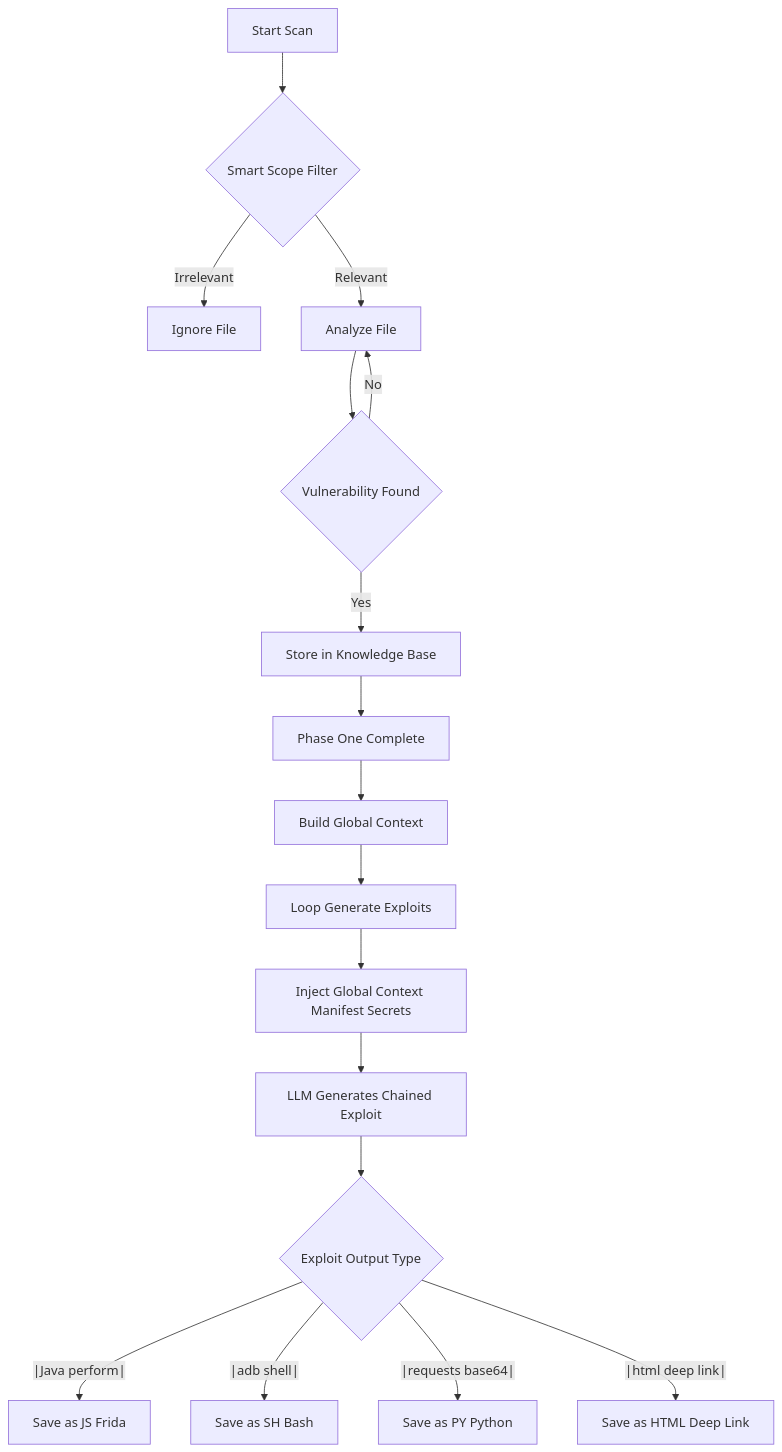
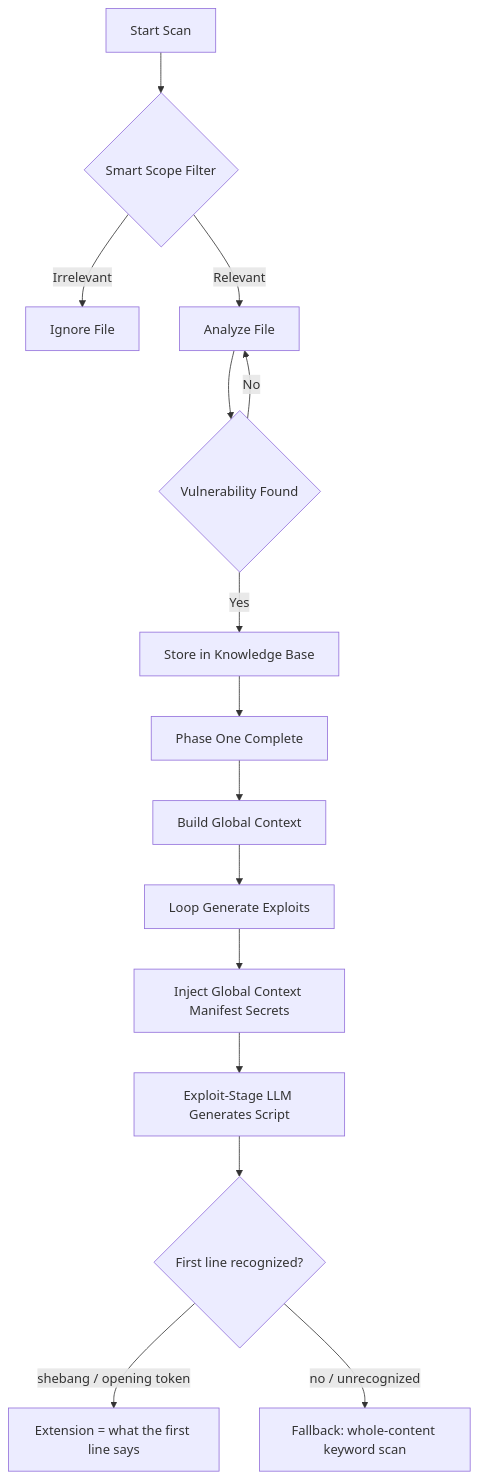
The diagram in document/EXPLOIT_GENERATOR.md (mubtakir-lazuardi/droid-llm-hunter), drawn with Mermaid before and after one commit. The commit also changed other lines of this file and 53 other files, not shown here.

````diff
--- a/document/EXPLOIT_GENERATOR.md
+++ b/document/EXPLOIT_GENERATOR.md
@@ -65,24 +72,21 @@
 ```mermaid
 graph TD;
     A[Start Scan] --> B{Smart Scope Filter};
     B -- Irrelevant --> Z[Ignore File];
     B -- Relevant --> C[Analyze File];
 
     C --> D{Vulnerability Found};
     D -- No --> C;
     D -- Yes --> E[Store in Knowledge Base];
 
     E --> F[Phase One Complete];
     F --> G[Build Global Context];
     G --> H[Loop Generate Exploits];
 
     H --> I[Inject Global Context Manifest Secrets];
-    I --> J[LLM Generates Chained Exploit];
+    I --> J[Exploit-Stage LLM Generates Script];
 
-    J --> K{Exploit Output Type};
-
-    K --|Java perform|--> L[Save as JS Frida];
-    K --|adb shell|--> M[Save as SH Bash];
-    K --|requests base64|--> N[Save as PY Python];
-    K --|html deep link|--> O[Save as HTML Deep Link];
+    J --> K{First line recognized?};
+    K -- "shebang / opening token" --> L[Extension = what the first line says];
+    K -- "no / unrecognized" --> M[Fallback: whole-content keyword scan];
 ```
````
